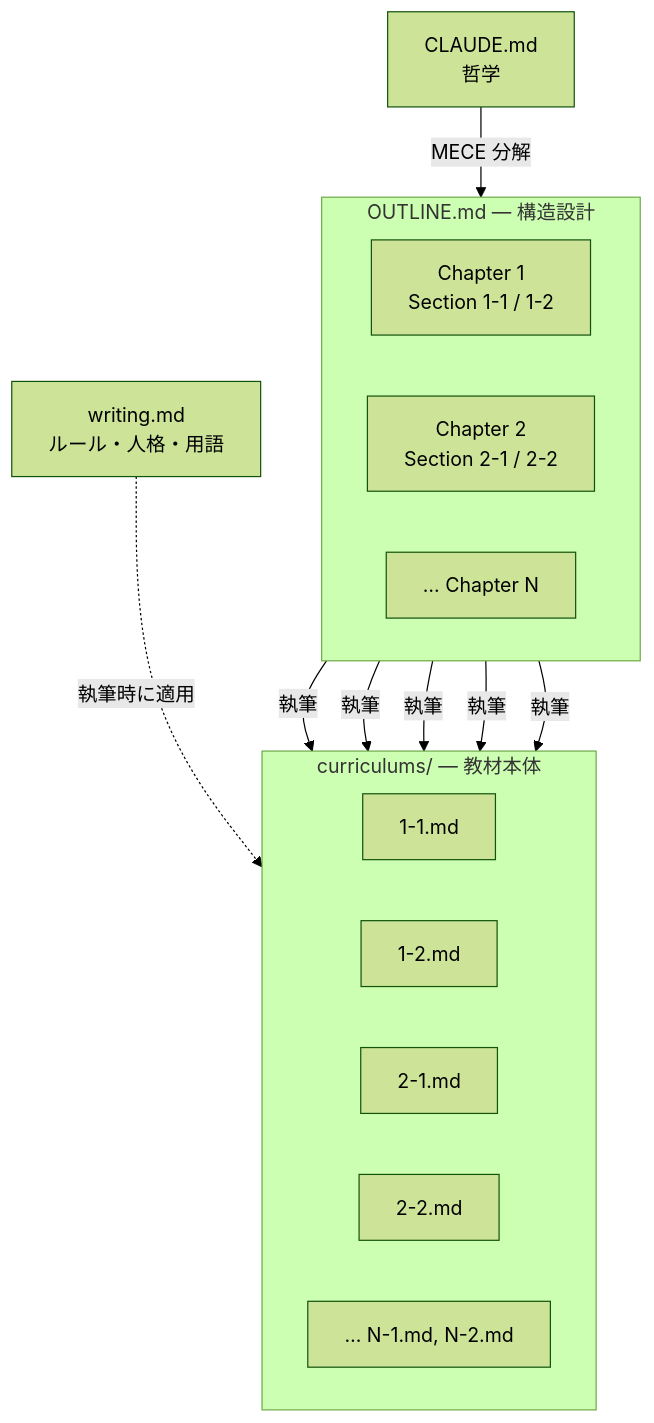
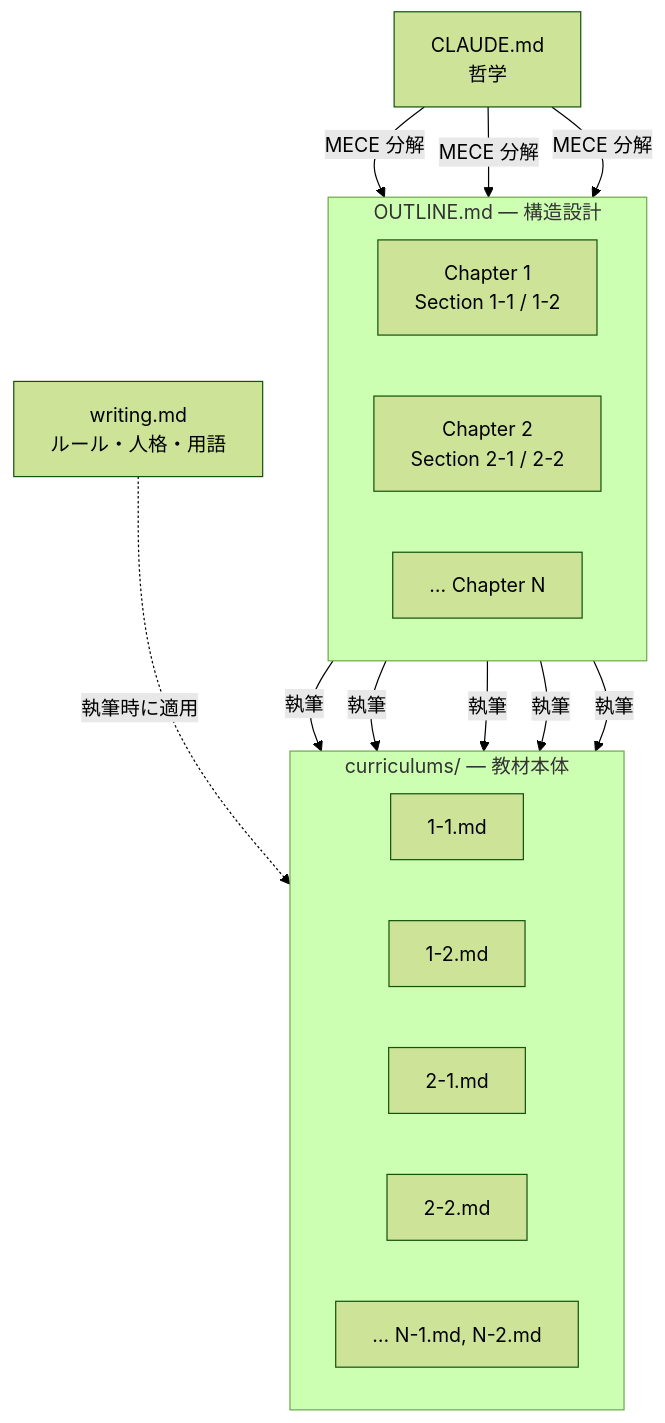
The first of 4 diagrams in README.md (yotaro0616/curriculum-writer), drawn with Mermaid (forest theme) before and after one commit.

Commit message:
CLAUDE.mdからOUTLINE各要素へ個別に矢印を接続

````diff
--- a/README.md
+++ b/README.md
@@ -29,27 +29,27 @@
 ```mermaid
 flowchart TD
     A["CLAUDE.md\n哲学"]
 
     subgraph outline["OUTLINE.md — 構造設計"]
         direction LR
         B1["Chapter 1\nSection 1-1 / 1-2"]
         B2["Chapter 2\nSection 2-1 / 2-2"]
         B3["… Chapter N"]
     end
 
     subgraph curr["curriculums/ — 教材本体"]
         direction LR
         C1["1-1.md"]
         C2["1-2.md"]
         C3["2-1.md"]
         C4["2-2.md"]
         C5["… N-1.md, N-2.md"]
     end
 
-    A -->|MECE 分解| outline
+    A -->|MECE 分解| B1 & B2 & B3
     B1 -->|執筆| C1 & C2
     B2 -->|執筆| C3 & C4
     B3 -->|執筆| C5
 
     W["writing.md\nルール・人格・用語"] -.->|執筆時に適用| curr
 ```
````
